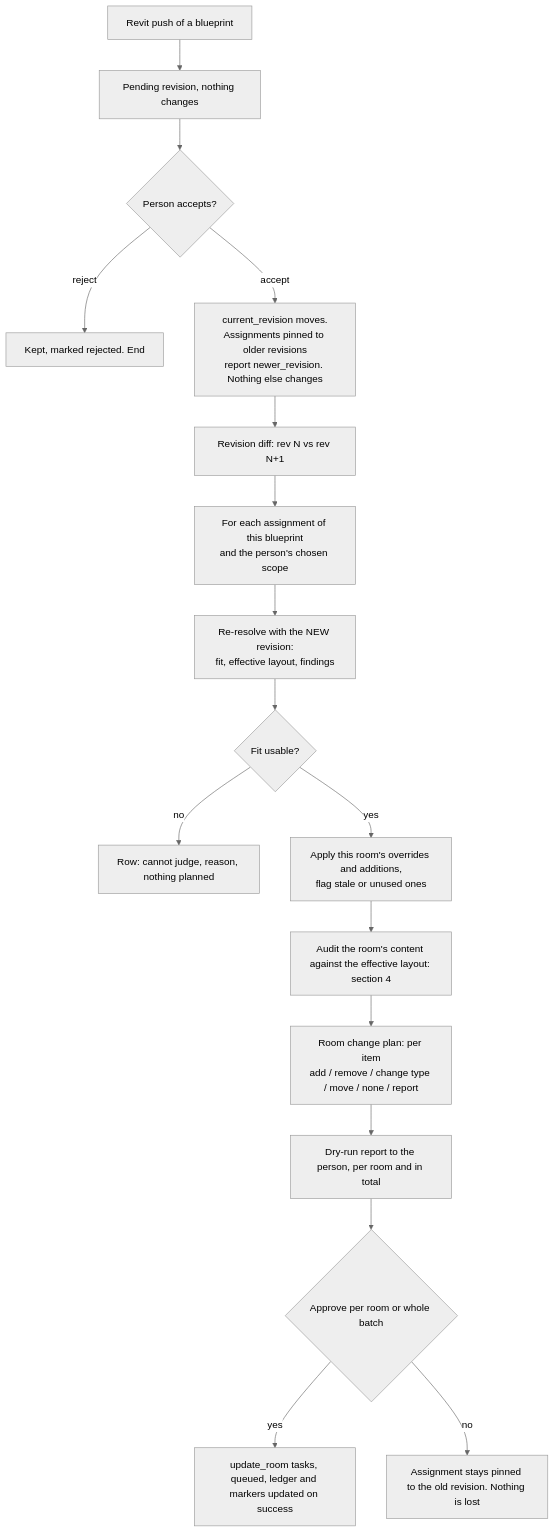
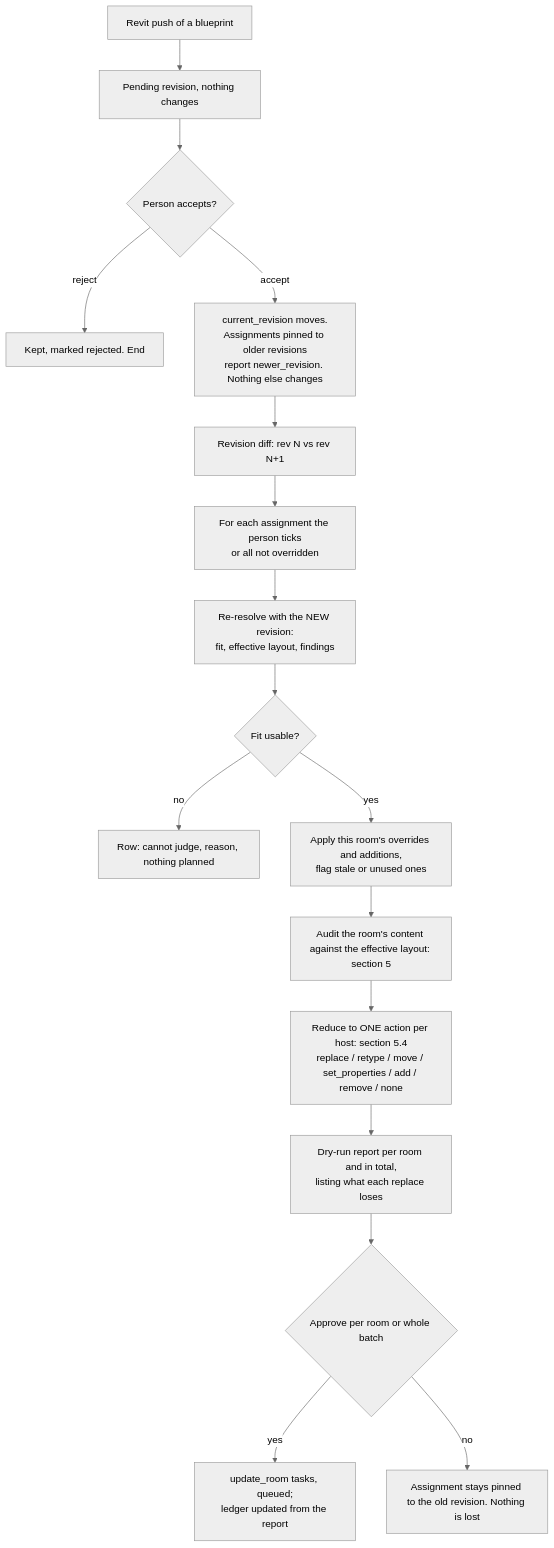
One commit to jchristel/room_mate changed the second of 2 diagrams in docs/PLAN-blueprint-room-state.md. Above: the diagram before and after it, drawn with Mermaid (neutral theme). The commit also changed other lines of this file, not shown here.

First line of the commit message:
Docs: room-state plan uses a server-side ledger keyed by UniqueId, adds settings and host-only actions

````diff
--- a/docs/PLAN-blueprint-room-state.md
+++ b/docs/PLAN-blueprint-room-state.md
@@ -226,19 +313,19 @@
 ```mermaid
 flowchart TD
   P[Revit push of a blueprint] --> Q[Pending revision, nothing changes]
   Q --> R{Person accepts?}
   R -- reject --> X[Kept, marked rejected. End]
   R -- accept --> S[current_revision moves.<br/>Assignments pinned to older revisions<br/>report newer_revision. Nothing else changes]
   S --> T[Revision diff: rev N vs rev N+1]
-  T --> V[For each assignment of this blueprint<br/>and the person's chosen scope]
+  T --> V[For each assignment the person ticks<br/>or all not overridden]
   V --> W[Re-resolve with the NEW revision:<br/>fit, effective layout, findings]
   W --> Y{Fit usable?}
   Y -- no --> Z1[Row: cannot judge, reason, nothing planned]
   Y -- yes --> AA[Apply this room's overrides and additions,<br/>flag stale or unused ones]
-  AA --> AB[Audit the room's content against the effective layout: section 4]
-  AB --> AC[Room change plan: per item<br/>add / remove / change type / move / none / report]
-  AC --> AD[Dry-run report to the person, per room and in total]
+  AA --> AB[Audit the room's content against the effective layout: section 5]
+  AB --> AC[Reduce to ONE action per host: section 5.4<br/>replace / retype / move / set_properties / add / remove / none]
+  AC --> AD[Dry-run report per room and in total,<br/>listing what each replace loses]
   AD --> AE{Approve per room or whole batch}
-  AE -- yes --> AF[update_room tasks, queued, ledger and markers updated on success]
+  AE -- yes --> AF[update_room tasks, queued;<br/>ledger updated from the report]
   AE -- no --> AG[Assignment stays pinned to the old revision. Nothing is lost]
 ```
````
